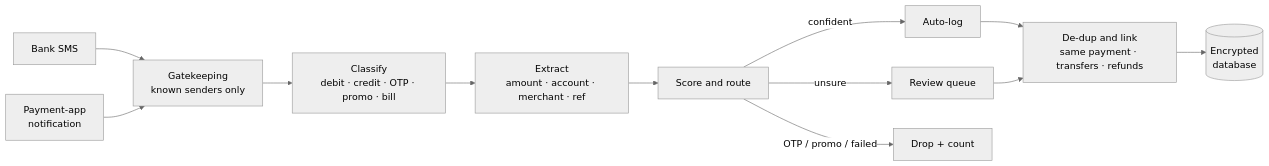
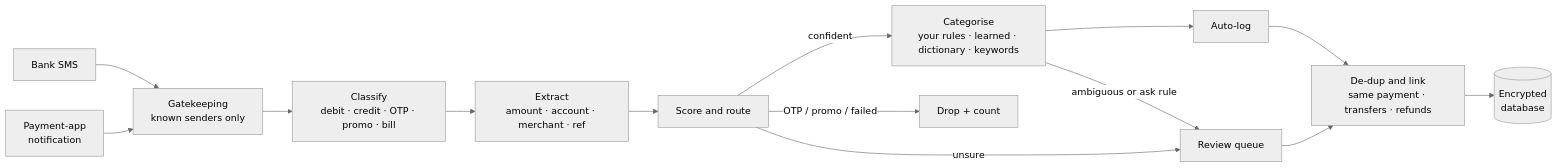
One commit to sreesayanth/impeesa-kosh changed the diagram in README.md. Above: the diagram before and after it, drawn with Mermaid (neutral theme). The commit also changed other lines of this file and 32 other files, not shown here.

````diff
--- a/README.md
+++ b/README.md
@@ -130,14 +137,16 @@
 ```mermaid
 flowchart LR
     A[Bank SMS] --> G
     B[Payment-app<br/>notification] --> G
     G[Gatekeeping<br/>known senders only] --> C[Classify<br/>debit · credit · OTP · promo · bill]
     C --> E[Extract<br/>amount · account · merchant · ref]
     E --> S[Score and route]
-    S -->|confident| L[Auto-log]
+    S -->|confident| K[Categorise<br/>your rules · learned · dictionary · keywords]
+    K --> L[Auto-log]
+    K -->|ambiguous or ask rule| R
     S -->|unsure| R[Review queue]
     S -->|OTP / promo / failed| D[Drop + count]
     L --> M[De-dup and link<br/>same payment · transfers · refunds]
     R --> M
     M --> DB[(Encrypted<br/>database)]
 ```
````
